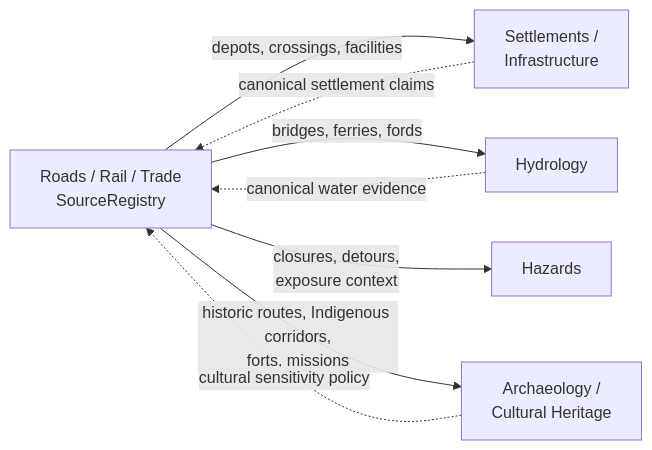
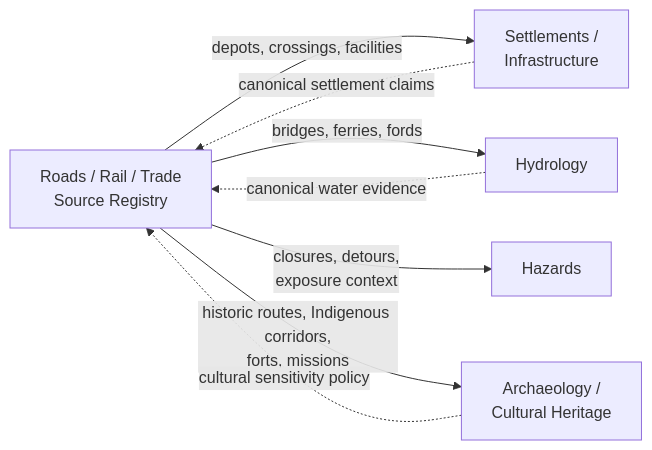
One commit to bartytime4life/Kansas-Frontier-Matrix changed the second of 2 diagrams in docs/domains/roads-rail-trade/SOURCE_REGISTRY.md. Above: the diagram before and after it, drawn with Mermaid. The commit also changed other lines of this file, not shown here.

````diff
--- a/docs/domains/roads-rail-trade/SOURCE_REGISTRY.md
+++ b/docs/domains/roads-rail-trade/SOURCE_REGISTRY.md
@@ -317,10 +353,10 @@
 ```mermaid
 flowchart LR
-  R["Roads / Rail / Trade<br/>SourceRegistry"] -- depots, crossings, facilities --> S["Settlements /<br/>Infrastructure"]
-  R -- bridges, ferries, fords --> H["Hydrology"]
-  R -- closures, detours,<br/>exposure context --> Z["Hazards"]
-  R -- historic routes, Indigenous corridors,<br/>forts, missions --> A["Archaeology /<br/>Cultural Heritage"]
-  S -. canonical settlement claims .-> R
-  H -. canonical water evidence .-> R
-  A -. cultural sensitivity policy .-> R
+  R["Roads / Rail / Trade<br/>Source Registry"] -- "depots, crossings, facilities" --> S["Settlements /<br/>Infrastructure"]
+  R -- "bridges, ferries, fords" --> H["Hydrology"]
+  R -- "closures, detours,<br/>exposure context" --> Z["Hazards"]
+  R -- "historic routes, Indigenous corridors,<br/>forts, missions" --> A["Archaeology /<br/>Cultural Heritage"]
+  S -. "canonical settlement claims" .-> R
+  H -. "canonical water evidence" .-> R
+  A -. "cultural sensitivity policy" .-> R
 ```
````
